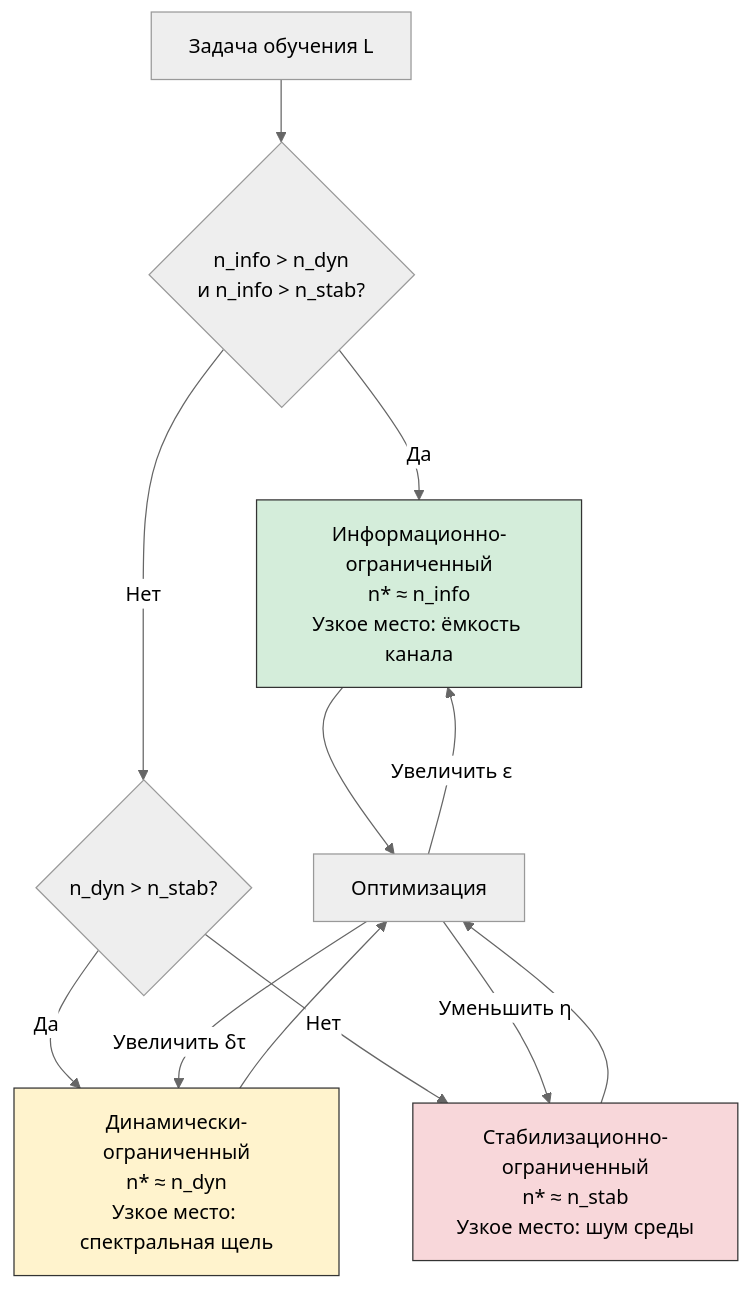
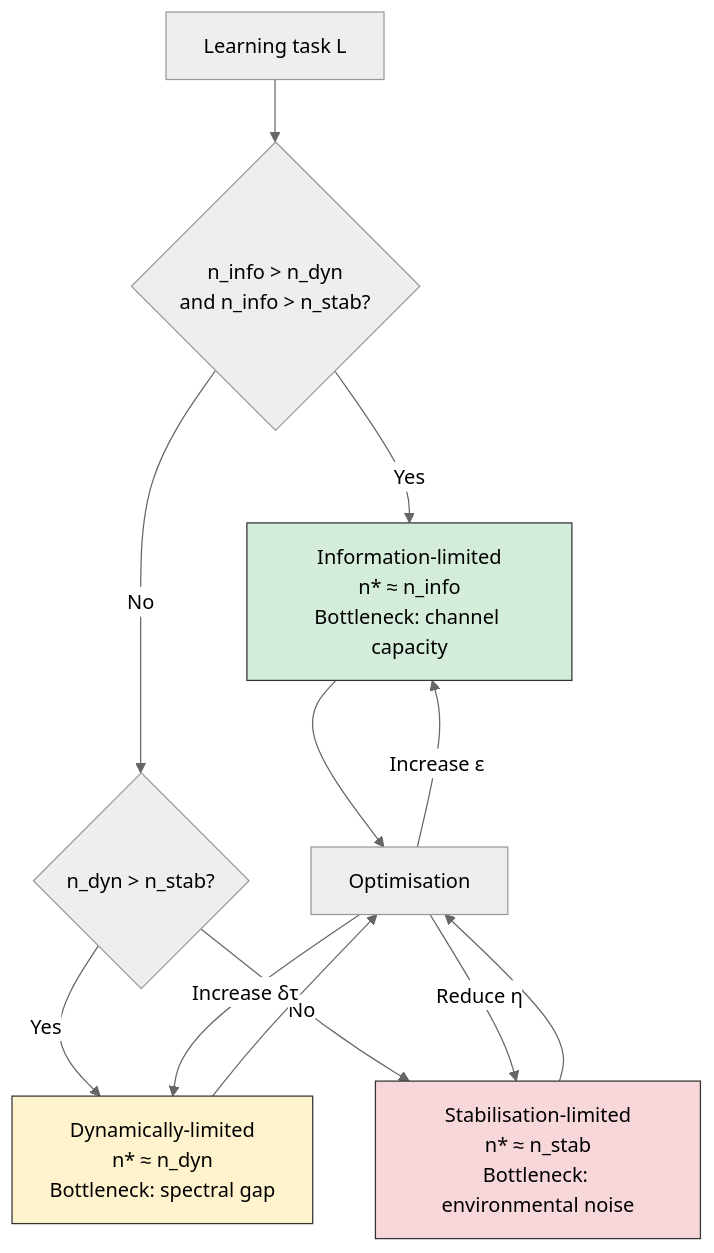
One commit to uhm-theory/holon changed the first of 2 diagrams in website/docs/applied/coherence-cybernetics/learning-bounds.md. Above: the diagram before and after it, drawn with Mermaid (neutral theme). The commit also changed other lines of this file and 28 other files, not shown here.

````diff
--- a/website/docs/applied/coherence-cybernetics/learning-bounds.md
+++ b/website/docs/applied/coherence-cybernetics/learning-bounds.md
@@ -477,20 +477,20 @@
 ```mermaid
 graph TD
-    START["Задача обучения L"] --> CHECK_INFO{"n_info > n_dyn<br/>и n_info > n_stab?"}
-    CHECK_INFO -->|Да| INFO["Информационно-ограниченный<br/>n* ≈ n_info<br/>Узкое место: ёмкость канала"]
-    CHECK_INFO -->|Нет| CHECK_DYN{"n_dyn > n_stab?"}
-    CHECK_DYN -->|Да| DYN["Динамически-ограниченный<br/>n* ≈ n_dyn<br/>Узкое место: спектральная щель"]
-    CHECK_DYN -->|Нет| STAB["Стабилизационно-ограниченный<br/>n* ≈ n_stab<br/>Узкое место: шум среды"]
+    START["Learning task L"] --> CHECK_INFO{"n_info > n_dyn<br/>and n_info > n_stab?"}
+    CHECK_INFO -->|Yes| INFO["Information-limited<br/>n* ≈ n_info<br/>Bottleneck: channel capacity"]
+    CHECK_INFO -->|No| CHECK_DYN{"n_dyn > n_stab?"}
+    CHECK_DYN -->|Yes| DYN["Dynamically-limited<br/>n* ≈ n_dyn<br/>Bottleneck: spectral gap"]
+    CHECK_DYN -->|No| STAB["Stabilisation-limited<br/>n* ≈ n_stab<br/>Bottleneck: environmental noise"]
 
-    INFO --> OPT["Оптимизация"]
+    INFO --> OPT["Optimisation"]
     DYN --> OPT
     STAB --> OPT
 
-    OPT -->|"Увеличить ε"| INFO
-    OPT -->|"Увеличить δτ"| DYN
-    OPT -->|"Уменьшить η"| STAB
+    OPT -->|"Increase ε"| INFO
+    OPT -->|"Increase δτ"| DYN
+    OPT -->|"Reduce η"| STAB
 
     style INFO fill:#d4edda,stroke:#333
     style DYN fill:#fff3cd,stroke:#333
     style STAB fill:#f8d7da,stroke:#333
 ```
````
